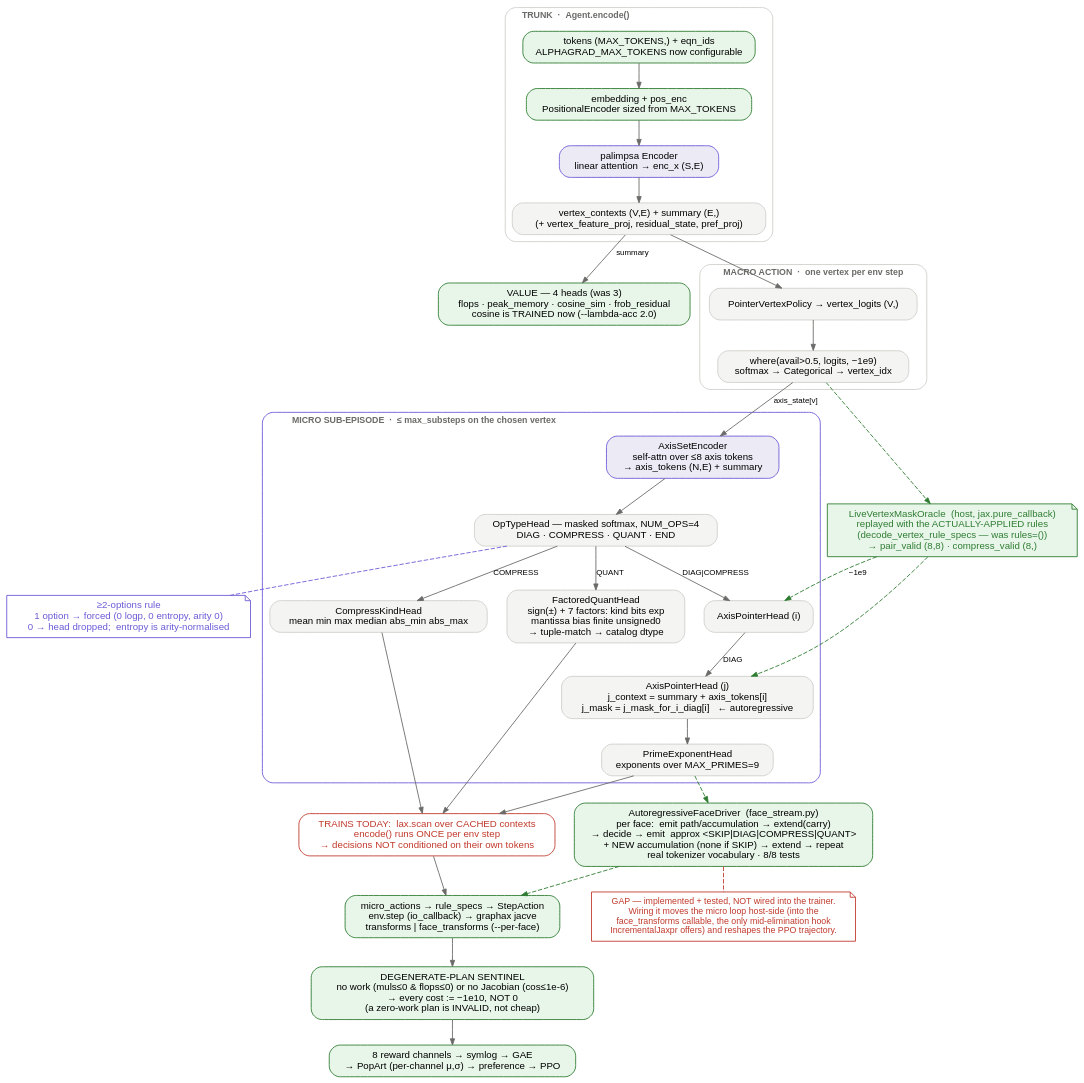
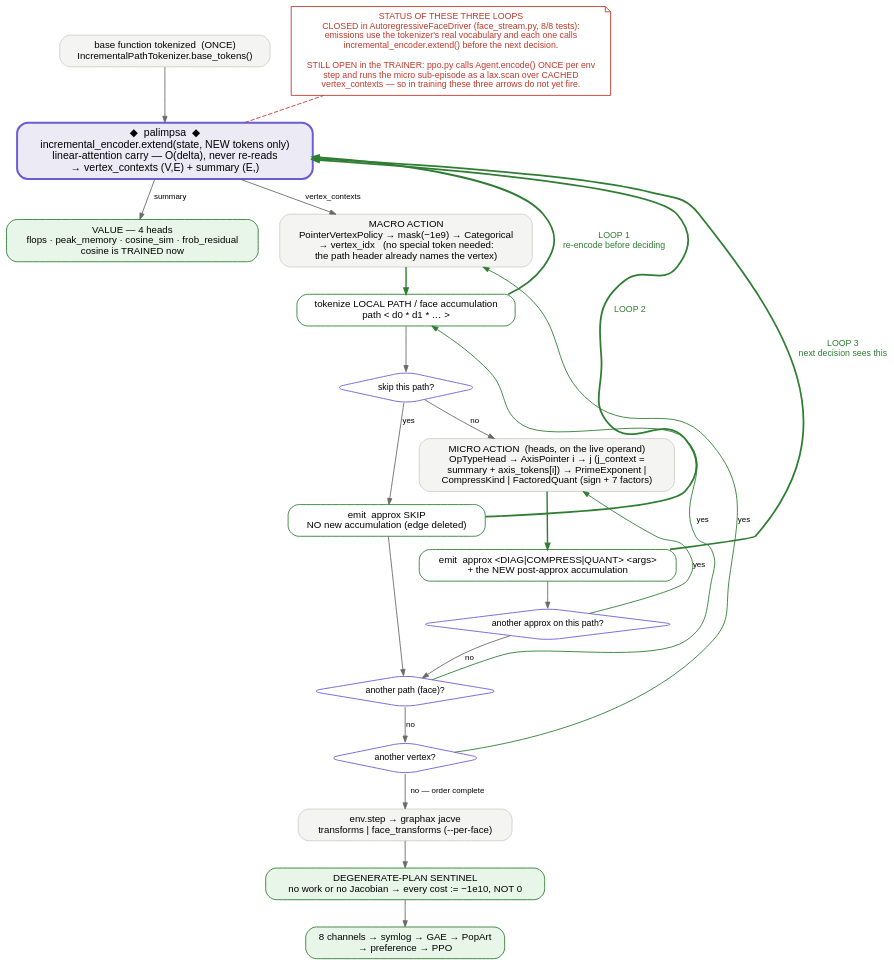
The diagram in docs/policy_forward.dot (fl0pedro/alphagrad), drawn with Graphviz before and after one commit. The commit also changed 1 other file, not shown here.

Commit message:
docs: draw the loop-back edges instead of describing them
The previous redraw put the autoregressive loop INSIDE a box and never drew the
arrows, which is exactly the thing being asked about. palimpsa is now the hub
node and the three re-entry edges are explicit:

  LOOP 1  macro action -> tokenize path/face accumulation -> palimpsa
  LOOP 2  skip         -> emit approx SKIP (no accumulation) -> palimpsa
  LOOP 3  micro action -> emit approx <TYPE> <args> + NEW accumulation -> palimpsa

plus the three repeat arcs (next approx on this path / next face / next vertex)
that make it a loop rather than a chain. Verified in the rendered SVG that all
three edges are present.

Status kept honest on the drawing: the loops are CLOSED in
AutoregressiveFaceDriver (8/8 tests, real tokenizer vocabulary, extend() before
each decision) but STILL OPEN in the trainer, which calls Agent.encode() once
per env step and scans cached vertex_contexts.

```diff
--- a/docs/policy_forward.dot
+++ b/docs/policy_forward.dot
@@ -1,123 +1,116 @@
-// Policy net — current state after this cycle's fixes (nn256 / PPO).
+// Policy net — current state, with the LOOP-BACK edges drawn explicitly.
+//
+// The two arrows that matter are:
+//     MACRO action -> tokenize path/accumulation -> palimpsa
+//     MICRO action -> tokenize approx + new accumulation -> palimpsa
+// Every action must re-enter the encoder before the next decision. palimpsa is
+// a linear-attention RECURRENCE, so each re-entry costs only the new tokens.
 //
 // Traced from source:
-//   Agent fields, Agent.encode, sample_action_dynamic -> approx/ppo.py
-//   MicroActionHead.sample_step head order            -> approx/heads.py
-//   FACTOR_ORDER (7 quant factors)                    -> approx/quant_factoring.py:37
-//   AutoregressiveFaceDriver                          -> approx/face_stream.py
-//   decode_vertex_rule_specs (oracle replay)          -> approx/env.py:1060
-//   _SENTINEL_BAD_REWARD (degenerate guard)           -> approx/env.py
-//   MAX_AXES_PER_VERTEX=8, NUM_OPS=4, MAX_PRIMES=9    -> approx/env.py:359, heads.py:83,97
+//   Agent.encode / sample_action_dynamic  -> approx/ppo.py
+//   MicroActionHead.sample_step           -> approx/heads.py
+//   AutoregressiveFaceDriver              -> approx/face_stream.py
+//   incremental_encoder.extend            -> approx/incremental_encoder.py:148
+//   IncrementalPathTokenizer              -> graphax/jaxpr.py:969
 //
 // LEGEND
-//   green = added / fixed this cycle
-//   red   = the one remaining gap (module exists + tested, not driving training)
+//   green solid  = loop closed by AutoregressiveFaceDriver (built, 8/8 tests)
+//   red   dashed = still open in the TRAINER (lax.scan over cached contexts)
 //
 // Render:  dot -Tsvg policy_forward.dot -o policy_forward.svg
 
 digraph policy_net {
   rankdir=TB;
   bgcolor="transparent";
-  compound=true;
   splines=spline;
-  nodesep=0.30;
-  ranksep=0.38;
+  nodesep=0.34;
+  ranksep=0.42;
   node [shape=box, style="rounded,filled", fillcolor="#f4f4f2",
         color="#d0cfca", fontname="Helvetica", fontsize=11,
         margin="0.13,0.08"];
   edge [color="#6a6a68", arrowsize=0.7, fontname="Helvetica", fontsize=9];
 
-  // ------------------------------------------------ trunk
-  subgraph cluster_trunk {
-    label="TRUNK  ·  Agent.encode()";
-    labeljust="l"; fontname="Helvetica-Bold"; fontsize=10; fontcolor="#6a6a68";
-    color="#d0cfca"; style="rounded";
+  base [label="base function tokenized  (ONCE)\nIncrementalPathTokenizer.base_tokens()"];
 
-    tok [label="tokens (MAX_TOKENS,) + eqn_ids\nALPHAGRAD_MAX_TOKENS now configurable",
+  // ---- THE RECURRENCE: everything loops back here ----
+  pal [label="◆  palimpsa  ◆\nincremental_encoder.extend(state, NEW tokens only)\nlinear-attention carry — O(delta), never re-reads\n→ vertex_contexts (V,E) + summary (E,)",
+       shape=box, style="rounded,filled", fillcolor="#eceaf5", color="#6b5bd6",
+       penwidth=2.2, fontsize=12];
+
+  base -> pal;
+
+  vhead [label="VALUE — 4 heads\nflops · peak_memory · cosine_sim · frob_residual\ncosine is TRAINED now",
          fillcolor="#e8f5e9", color="#2e7d32"];
-    emb [label="embedding + pos_enc\nPositionalEncoder sized from MAX_TOKENS",
-         fillcolor="#e8f5e9", color="#2e7d32"];
-    enc [label="palimpsa Encoder\nlinear attention → enc_x (S,E)",
-         fillcolor="#eceaf5", color="#6b5bd6"];
-    ctx [label="vertex_contexts (V,E) + summary (E,)\n(+ vertex_feature_proj, residual_state, pref_proj)"];
-    tok -> emb -> enc -> ctx;
-  }
+  pal -> vhead [label=" summary"];
 
-  // ------------------------------------------------ value
-  vhead [label="VALUE — 4 heads (was 3)\nflops · peak_memory · cosine_sim · frob_residual\ncosine is TRAINED now (--lambda-acc 2.0)",
-         fillcolor="#e8f5e9", color="#2e7d32"];
-  ctx -> vhead [label="summary"];
+  // ---------------- MACRO ----------------
+  macro [label="MACRO ACTION\nPointerVertexPolicy → mask(−1e9) → Categorical\n→ vertex_idx   (no special token needed:\nthe path header already names the vertex)"];
+  pal -> macro [label=" vertex_contexts"];
 
-  // ------------------------------------------------ macro
-  subgraph cluster_macro {
-    label="MACRO ACTION  ·  one vertex per env step";
-    labeljust="l"; fontname="Helvetica-Bold"; fontsize=10; fontcolor="#6a6a68";
-    color="#d0cfca"; style="rounded";
-    vpol [label="PointerVertexPolicy → vertex_logits (V,)"];
-    vsam [label="where(avail>0.5, logits, −1e9)\nsoftmax → Categorical → vertex_idx"];
-    vpol -> vsam;
-  }
-  ctx -> vpol;
+  tok_path [label="tokenize LOCAL PATH / face accumulation\npath < d0 * d1 * … >",
+            fillcolor="#ffffff", color="#2e7d32"];
+  macro -> tok_path [color="#2e7d32", penwidth=1.6];
 
-  oracle [label="LiveVertexMaskOracle  (host, jax.pure_callback)\nreplayed with the ACTUALLY-APPLIED rules\n(decode_vertex_rule_specs — was rules=())\n→ pair_valid (8,8) · compress_valid (8,)",
-          shape=note, fillcolor="#e8f5e9", color="#2e7d32", fontcolor="#2e7d32"];
-  vsam -> oracle [style=dashed, color="#2e7d32"];
+  // >>> LOOP-BACK 1 <<<
+  tok_path -> pal [color="#2e7d32", penwidth=2.0, constraint=false,
+                   label="  LOOP 1\n  re-encode before deciding",
+                   fontcolor="#2e7d32", fontsize=10];
 
-  // ------------------------------------------------ micro heads
-  subgraph cluster_micro {
-    label="MICRO SUB-EPISODE  ·  ≤ max_substeps on the chosen vertex";
-    labeljust="l"; fontname="Helvetica-Bold"; fontsize=10; fontcolor="#6a6a68";
-    color="#6b5bd6"; style="rounded";
+  // ---------------- SKIP? ----------------
+  skipq [label="skip this path?", shape=diamond, fillcolor="#ffffff",
+         color="#6b5bd6", fontsize=10];
+  tok_path -> skipq;
 
-    aenc [label="AxisSetEncoder\nself-attn over ≤8 axis tokens\n→ axis_tokens (N,E) + summary",
-          fillcolor="#eceaf5", color="#6b5bd6"];
-    ophd [label="OpTypeHead — masked softmax, NUM_OPS=4\nDIAG · COMPRESS · QUANT · END"];
-    ihd  [label="AxisPointerHead (i)"];
-    jhd  [label="AxisPointerHead (j)\nj_context = summary + axis_tokens[i]\nj_mask = j_mask_for_i_diag[i]   ← autoregressive"];
-    fhd  [label="PrimeExponentHead\nexponents over MAX_PRIMES=9"];
-    khd  [label="CompressKindHead\nmean min max median abs_min abs_max"];
-    qhd  [label="FactoredQuantHead\nsign(±) + 7 factors: kind bits exp\nmantissa bias finite unsigned0\n→ tuple-match → catalog dtype"];
+  tok_skip [label="emit  approx SKIP\nNO new accumulation (edge deleted)",
+            fillcolor="#ffffff", color="#2e7d32"];
+  skipq -> tok_skip [label="yes"];
+  tok_skip -> pal [color="#2e7d32", penwidth=2.0, constraint=false,
+                   label="  LOOP 2", fontcolor="#2e7d32", fontsize=10];
 
-    aenc -> ophd;
-    ophd -> ihd [label="DIAG|COMPRESS"];
-    ihd  -> jhd [label="DIAG"];
-    jhd  -> fhd;
-    ophd -> khd [label="COMPRESS"];
-    ophd -> qhd [label="QUANT"];
-  }
-  vsam   -> aenc [label="axis_state[v]"];
-  oracle -> ihd  [style=dashed, color="#2e7d32", label="−1e9"];
-  oracle -> jhd  [style=dashed, color="#2e7d32"];
+  // ---------------- MICRO ----------------
+  micro [label="MICRO ACTION  (heads, on the live operand)\nOpTypeHead → AxisPointer i → j (j_context =\nsummary + axis_tokens[i]) → PrimeExponent |\nCompressKind | FactoredQuant (sign + 7 factors)"];
+  skipq -> micro [label="no"];
 
-  gate [label="≥2-options rule\n1 option → forced (0 logp, 0 entropy, arity 0)\n0 → head dropped;  entropy is arity-normalised",
-        shape=note, fillcolor="#ffffff", color="#6b5bd6", fontcolor="#6b5bd6"];
-  ophd -> gate [style=dashed, color="#6b5bd6", dir=none];
+  tok_approx [label="emit  approx <DIAG|COMPRESS|QUANT> <args>\n+ the NEW post-approx accumulation",
+              fillcolor="#ffffff", color="#2e7d32"];
+  micro -> tok_approx [color="#2e7d32", penwidth=1.6];
 
-  // ------------------------------------------------ two consumers of the heads
-  scan [label="TRAINS TODAY:  lax.scan over CACHED contexts\nencode() runs ONCE per env step\n→ decisions NOT conditioned on their own tokens",
-        fillcolor="#ffffff", color="#c0392b", fontcolor="#c0392b"];
+  // >>> LOOP-BACK 3 <<<
+  tok_approx -> pal [color="#2e7d32", penwidth=2.0, constraint=false,
+                     label="  LOOP 3\n  next decision sees this",
+                     fontcolor="#2e7d32", fontsize=10];
 
-  loop [label="AutoregressiveFaceDriver  (face_stream.py)\nper face:  emit path/accumulation → extend(carry)\n→ decide → emit  approx <SKIP|DIAG|COMPRESS|QUANT>\n+ NEW accumulation (none if SKIP) → extend → repeat\nreal tokenizer vocabulary · 8/8 tests",
-        fillcolor="#e8f5e9", color="#2e7d32"];
+  // ---------------- repeat arcs ----------------
+  more_a [label="another approx on this path?", shape=diamond,
+          fillcolor="#ffffff", color="#6b5bd6", fontsize=10];
+  more_p [label="another path (face)?", shape=diamond,
+          fillcolor="#ffffff", color="#6b5bd6", fontsize=10];
+  more_v [label="another vertex?", shape=diamond,
+          fillcolor="#ffffff", color="#6b5bd6", fontsize=10];
 
-  gapnote [label="GAP — implemented + tested, NOT wired into the trainer.\nWiring it moves the micro loop host-side (into the\nface_transforms callable, the only mid-elimination hook\nIncrementalJaxpr offers) and reshapes the PPO trajectory.",
-           shape=note, fillcolor="#ffffff", color="#c0392b", fontcolor="#c0392b", fontsize=10];
-  loop -> gapnote [style=dashed, color="#c0392b", dir=none];
+  tok_approx -> more_a;
+  tok_skip   -> more_p;
+  more_a -> micro    [label="yes", color="#2e7d32", constraint=false];
+  more_a -> more_p   [label="no"];
+  more_p -> tok_path [label="yes", color="#2e7d32", constraint=false];
+  more_p -> more_v   [label="no"];
+  more_v -> macro    [label="yes", color="#2e7d32", constraint=false];
 
-  fhd -> scan; khd -> scan; qhd -> scan;
-  fhd -> loop [style=dashed, color="#2e7d32"];
+  // ---------------- env / reward ----------------
+  env [label="env.step → graphax jacve\ntransforms | face_transforms (--per-face)"];
+  more_v -> env [label="no — order complete"];
 
-  // ------------------------------------------------ env + reward
-  env [label="micro_actions → rule_specs → StepAction\nenv.step (io_callback) → graphax jacve\ntransforms | face_transforms (--per-face)",
-       fillcolor="#e8f5e9", color="#2e7d32"];
-  scan -> env;
-  loop -> env [style=dashed, color="#2e7d32"];
-
-  sent [label="DEGENERATE-PLAN SENTINEL\nno work (muls≤0 & flops≤0) or no Jacobian (cos≤1e-6)\n→ every cost := −1e10, NOT 0\n(a zero-work plan is INVALID, not cheap)",
+  sent [label="DEGENERATE-PLAN SENTINEL\nno work or no Jacobian → every cost := −1e10, NOT 0",
         fillcolor="#e8f5e9", color="#2e7d32"];
   env -> sent;
 
-  rew [label="8 reward channels → symlog → GAE\n→ PopArt (per-channel μ,σ) → preference → PPO",
+  rew [label="8 channels → symlog → GAE → PopArt\n→ preference → PPO",
        fillcolor="#e8f5e9", color="#2e7d32"];
   sent -> rew;
+
+  // ---------------- the honest caveat ----------------
+  gap [label="STATUS OF THESE THREE LOOPS\nCLOSED in AutoregressiveFaceDriver (face_stream.py, 8/8 tests):\nemissions use the tokenizer's real vocabulary and each one calls\nincremental_encoder.extend() before the next decision.\n\nSTILL OPEN in the TRAINER: ppo.py calls Agent.encode() ONCE per env\nstep and runs the micro sub-episode as a lax.scan over CACHED\nvertex_contexts — so in training these three arrows do not yet fire.",
+       shape=note, fillcolor="#ffffff", color="#c0392b", fontcolor="#c0392b",
+       fontsize=10];
+  pal -> gap [style=dashed, color="#c0392b", dir=none, constraint=false];
 }
```
